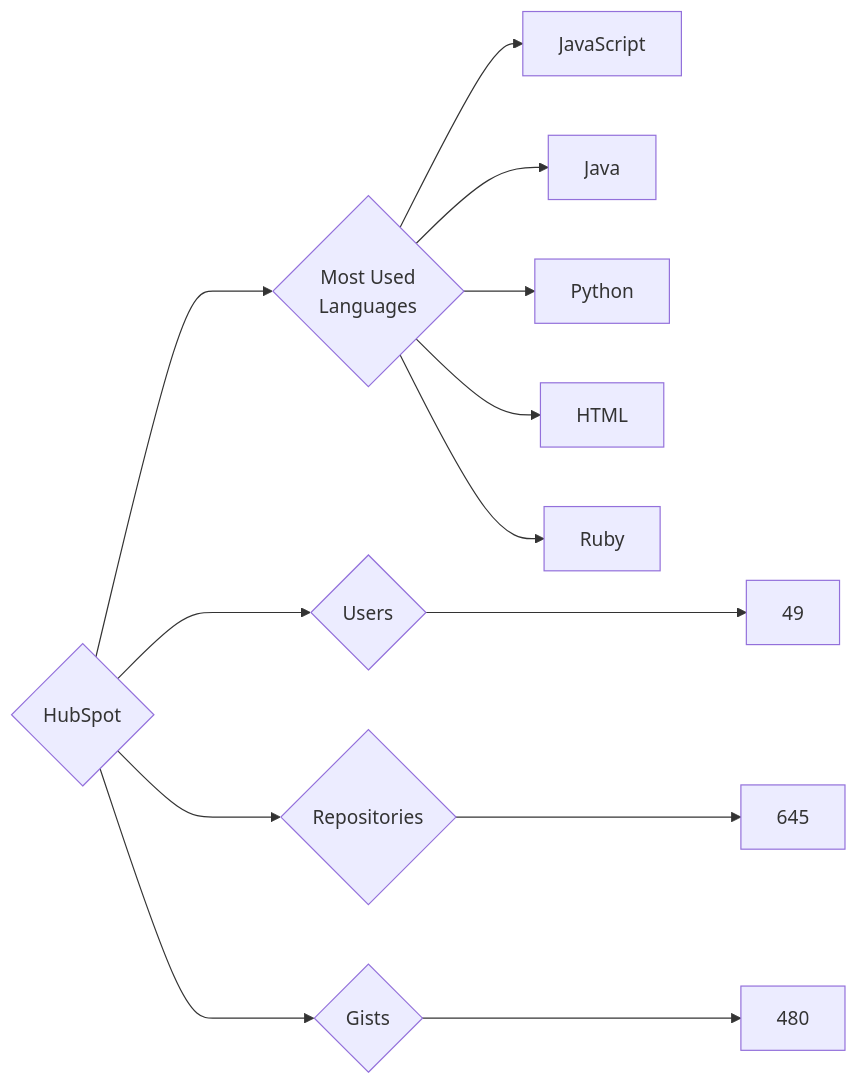
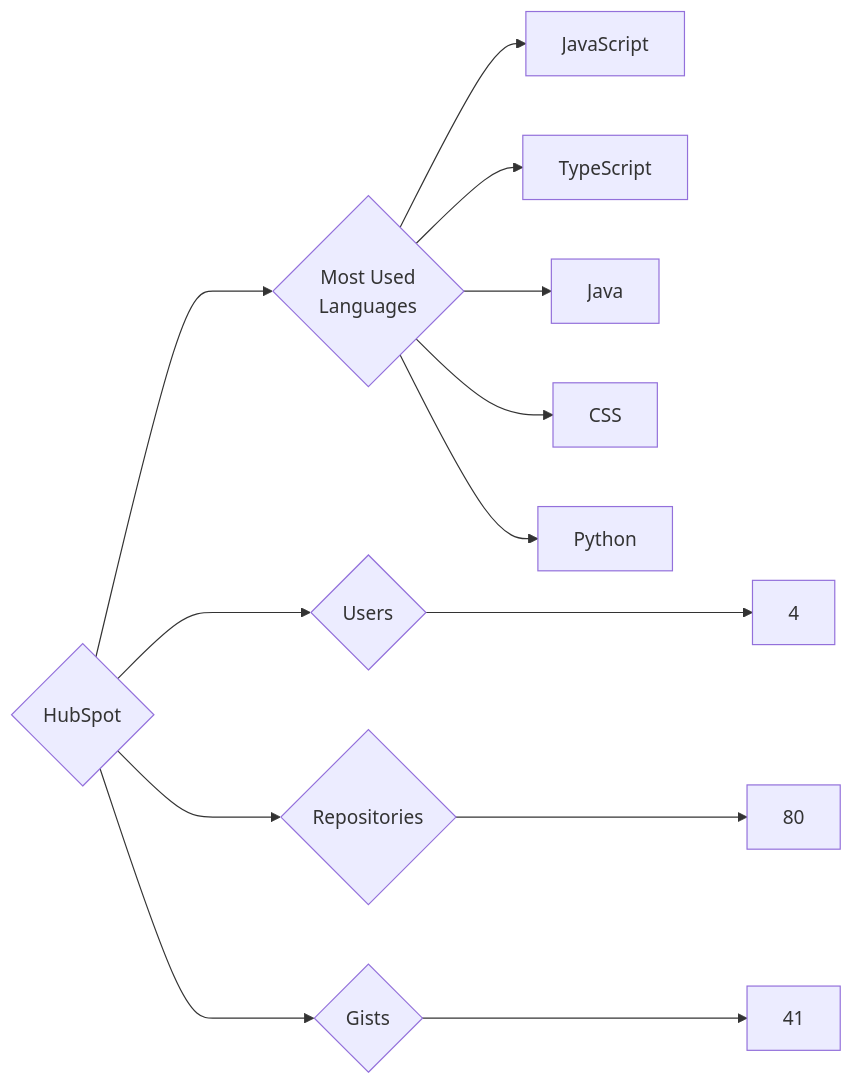
The diagram in targets/HubSpot/README.md (trickest/insiders), drawn with Mermaid before and after one commit. The commit also changed 935 other files, not shown here.

````diff
--- a/targets/HubSpot/README.md
+++ b/targets/HubSpot/README.md
@@ -3,13 +3,13 @@
 ```mermaid
 graph LR
 COMPANY_NAME{HubSpot}
-COMPANY_NAME ---> U{Users} ---> UN[49]
-COMPANY_NAME ---> R{Repositories} ---> RN[645]
-COMPANY_NAME ---> G{Gists} ---> GN[480]
+COMPANY_NAME ---> U{Users} ---> UN[4]
+COMPANY_NAME ---> R{Repositories} ---> RN[80]
+COMPANY_NAME ---> G{Gists} ---> GN[41]
 COMPANY_NAME ---> ML{Most Used<br>Languages}
 ML --> JavaScript[JavaScript]
+ML --> TypeScript[TypeScript]
 ML --> Java[Java]
+ML --> CSS[CSS]
 ML --> Python[Python]
-ML --> HTML[HTML]
-ML --> Ruby[Ruby]
 ```
````
